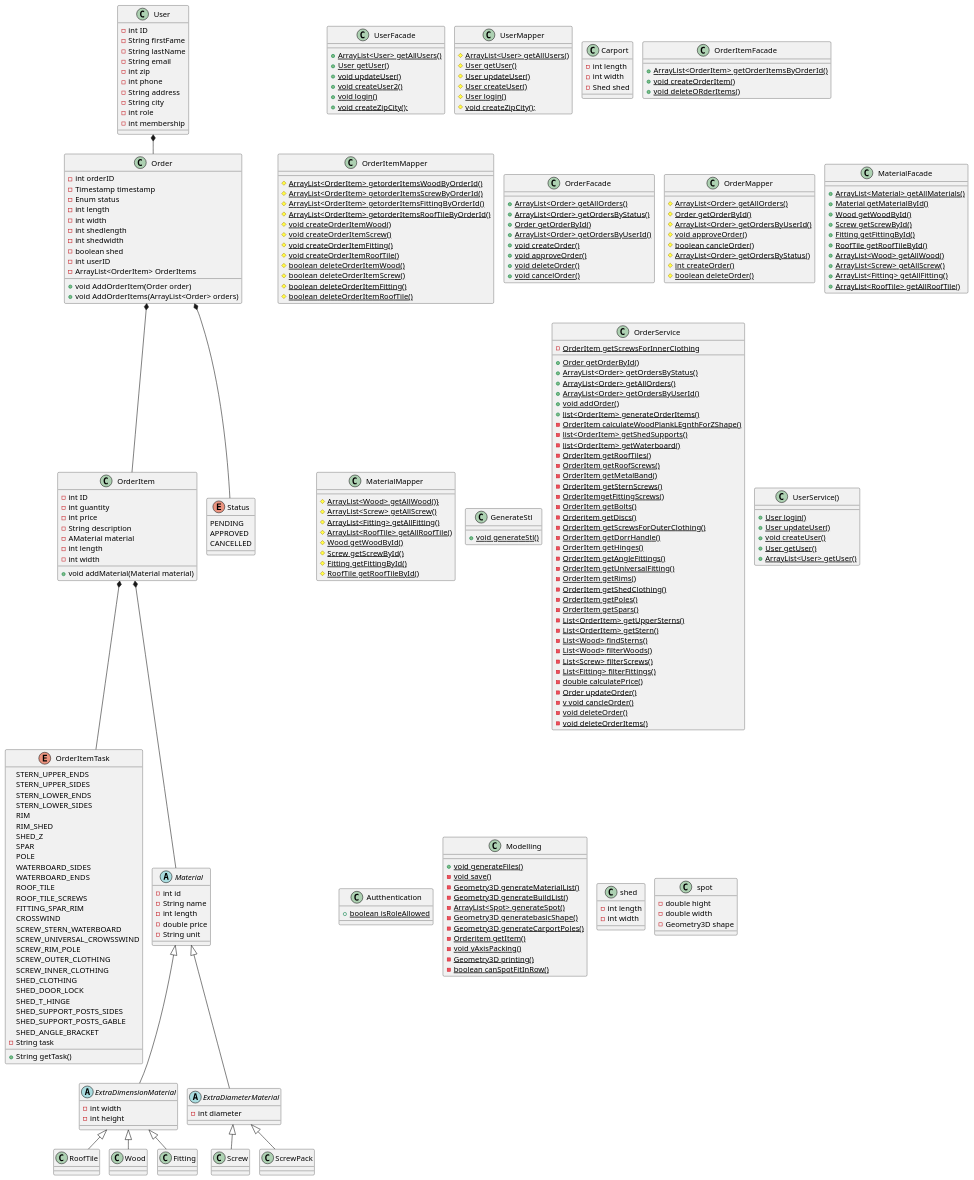
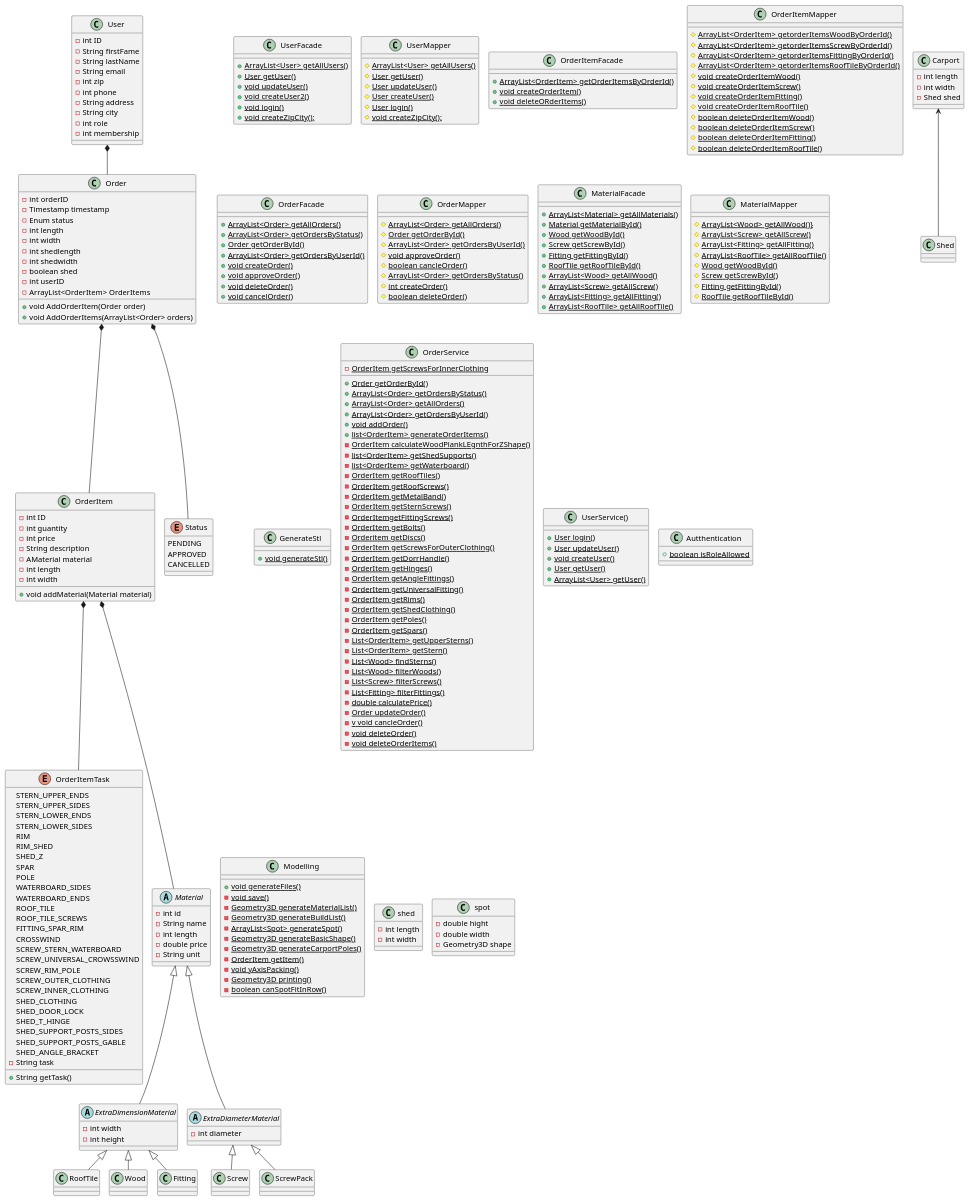
The diagram in documentation/ClassDiagramV4.puml (HeinLarsen/fog-carport), drawn with PlantUML before and after one commit. The commit also changed 3 other files, not shown here.

```diff
--- a/documentation/ClassDiagramV4.puml
+++ b/documentation/ClassDiagramV4.puml
@@ -227,9 +227,9 @@
 - {static} Geometry3D generateMaterialList()
 - {static} Geometry3D generateBuildList()
 - {static} ArrayList<Spot> generateSpot()
-- {static} Geometry3D generatebasicShape()
+- {static} Geometry3D generateBasicShape()
 - {static} Geometry3D generateCarportPoles()
-- {static} Orderitem getItem()
+- {static} OrderItem getItem()
 - {static} void yAxisPacking()
 - {static} Geometry3D printing()
 - {static} boolean canSpotFitInRow()
@@ -291,6 +291,7 @@
 Material <|-- ExtraDiameterMaterial
 ExtraDiameterMaterial <|-- ScrewPack
 ExtraDiameterMaterial <|-- Screw
+Carport <-- Shed
 
 Order *-- OrderItem
 OrderItem *-- OrderItemTask
```
